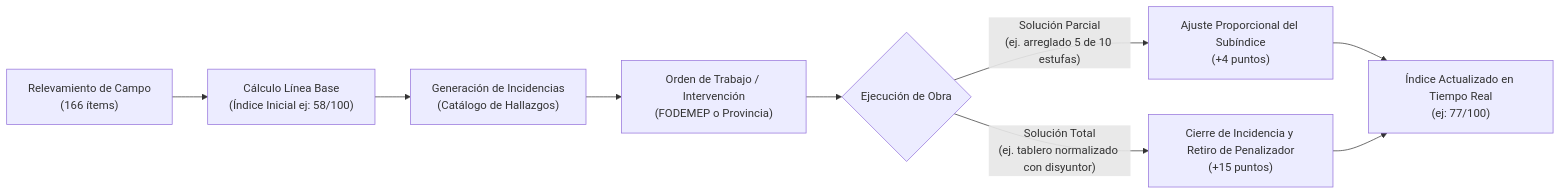
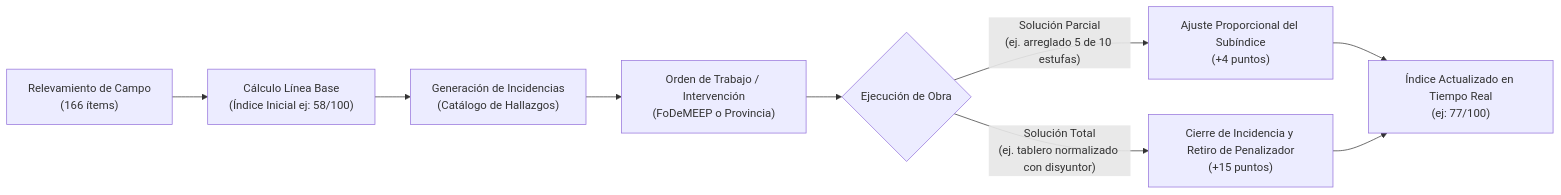
One commit to Direccion-de-Estadistica-Rio-Cuarto/FoDeMEEP-RCU changed the first of 2 diagrams in ARQUITECTURA_SISTEMA_FODEMEP.md. Above: the diagram before and after it, drawn with Mermaid. The commit also changed other lines of this file and 18 other files, not shown here.

Commit message:
chore: renombrar FODEMEP por FoDeMEEP en todo el proyecto

````diff
--- a/ARQUITECTURA_SISTEMA_FODEMEP.md
+++ b/ARQUITECTURA_SISTEMA_FODEMEP.md
@@ -54,11 +54,11 @@
 ```mermaid
 flowchart LR
     A["Relevamiento de Campo\n(166 ítems)"] --> B["Cálculo Línea Base\n(Índice Inicial ej: 58/100)"]
     B --> C["Generación de Incidencias\n(Catálogo de Hallazgos)"]
-    C --> D["Orden de Trabajo / Intervención\n(FODEMEP o Provincia)"]
+    C --> D["Orden de Trabajo / Intervención\n(FoDeMEEP o Provincia)"]
     D --> E{"Ejecución de Obra"}
     E -->|"Solución Parcial\n(ej. arreglado 5 de 10 estufas)"| F["Ajuste Proporcional del Subíndice\n(+4 puntos)"]
     E -->|"Solución Total\n(ej. tablero normalizado con disyuntor)"| G["Cierre de Incidencia y Retiro de Penalizador\n(+15 puntos)"]
     F --> H["Índice Actualizado en Tiempo Real\n(ej: 77/100)"]
     G --> H
 ```
````
